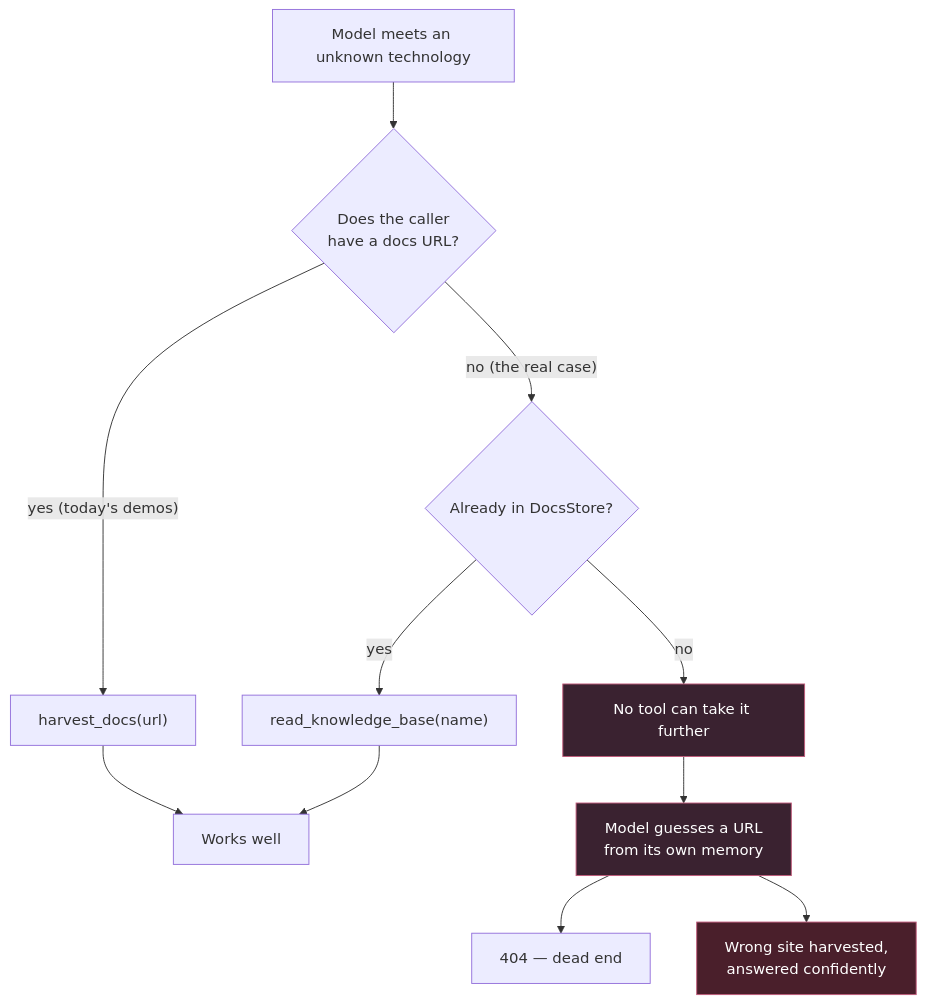
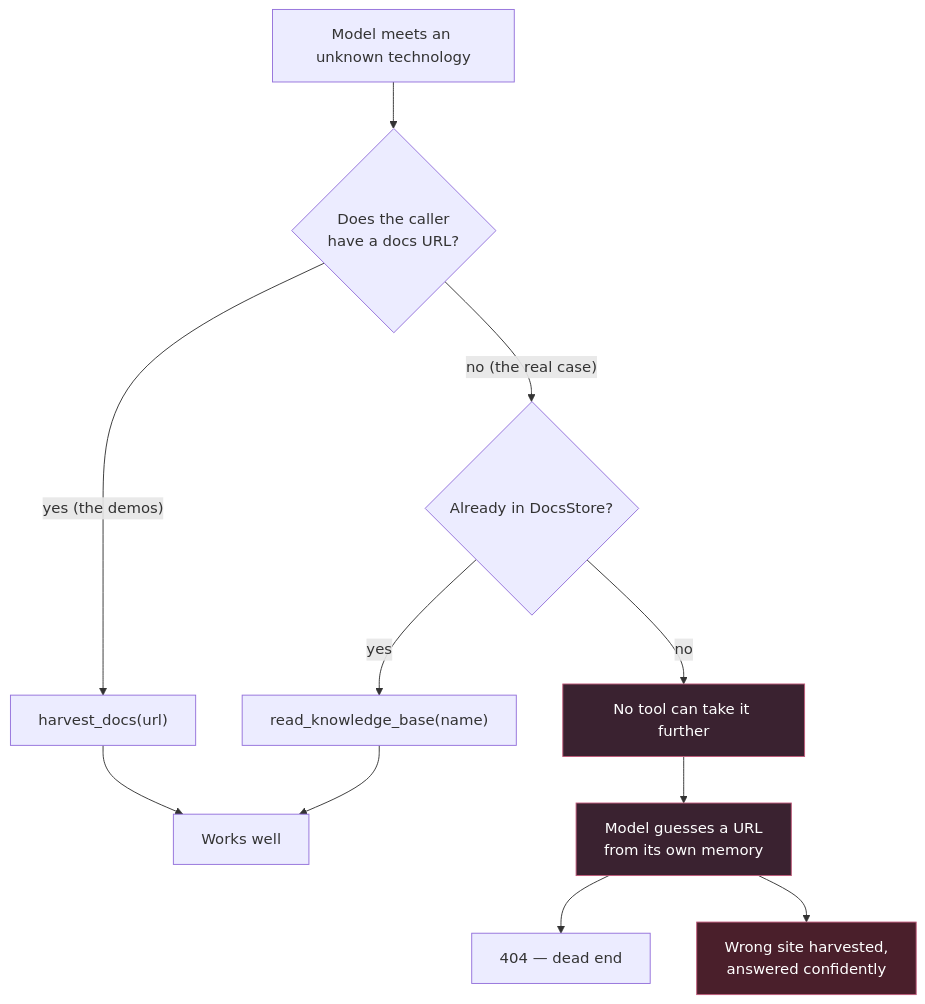
Before and after one commit to R204570/DocsForge: the first of 4 diagrams in PROPOSAL.md, drawn with Mermaid. The commit also changed other lines of this file and 1 other file, not shown here.

````diff
--- a/PROPOSAL.md
+++ b/PROPOSAL.md
@@ -35,19 +45,19 @@
 ```mermaid
 flowchart TD
     A["Model meets an unknown technology"] --> B{"Does the caller<br/>have a docs URL?"}
-    B -- "yes (today's demos)" --> C["harvest_docs(url)"]
+    B -- "yes (the demos)" --> C["harvest_docs(url)"]
     C --> OK["Works well"]
 
     B -- "no (the real case)" --> D{"Already in DocsStore?"}
     D -- yes --> E["read_knowledge_base(name)"]
     E --> OK
 
     D -- no --> F["No tool can take it further"]
     F --> G["Model guesses a URL<br/>from its own memory"]
     G --> H1["404 — dead end"]
     G --> H2["Wrong site harvested,<br/>answered confidently"]
 
     style F fill:#3a2230,stroke:#c05a7a,color:#fff
     style G fill:#3a2230,stroke:#c05a7a,color:#fff
     style H2 fill:#4a1f2b,stroke:#c05a7a,color:#fff
 ```
````
